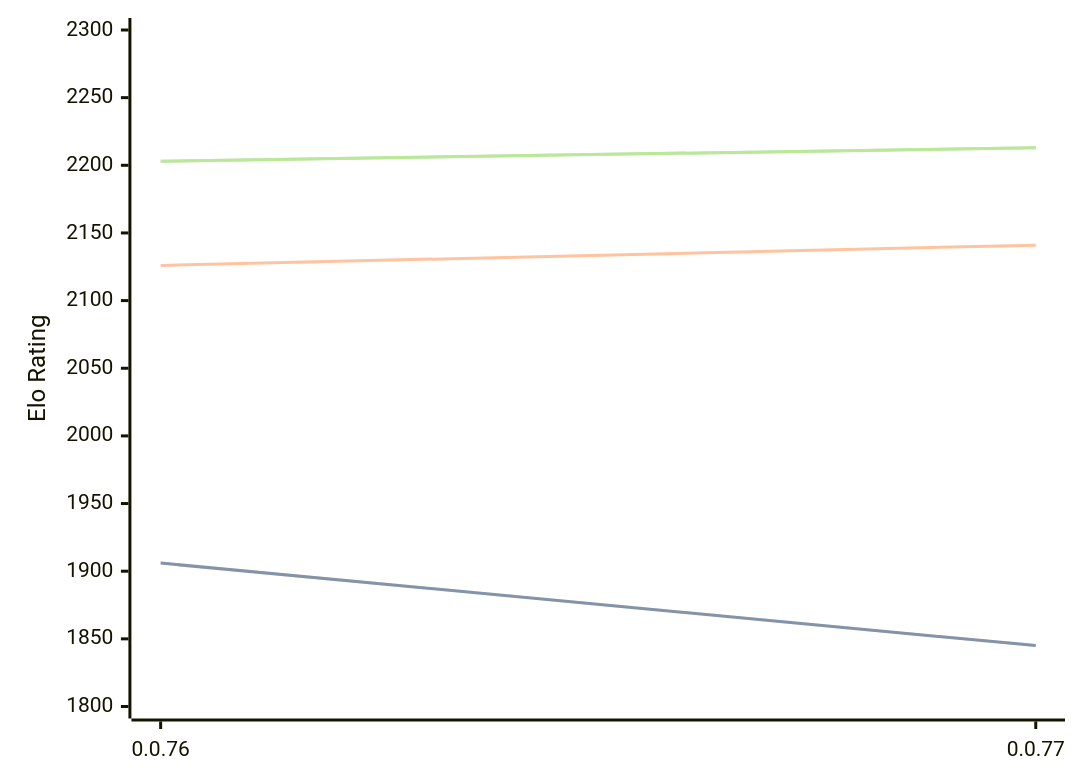
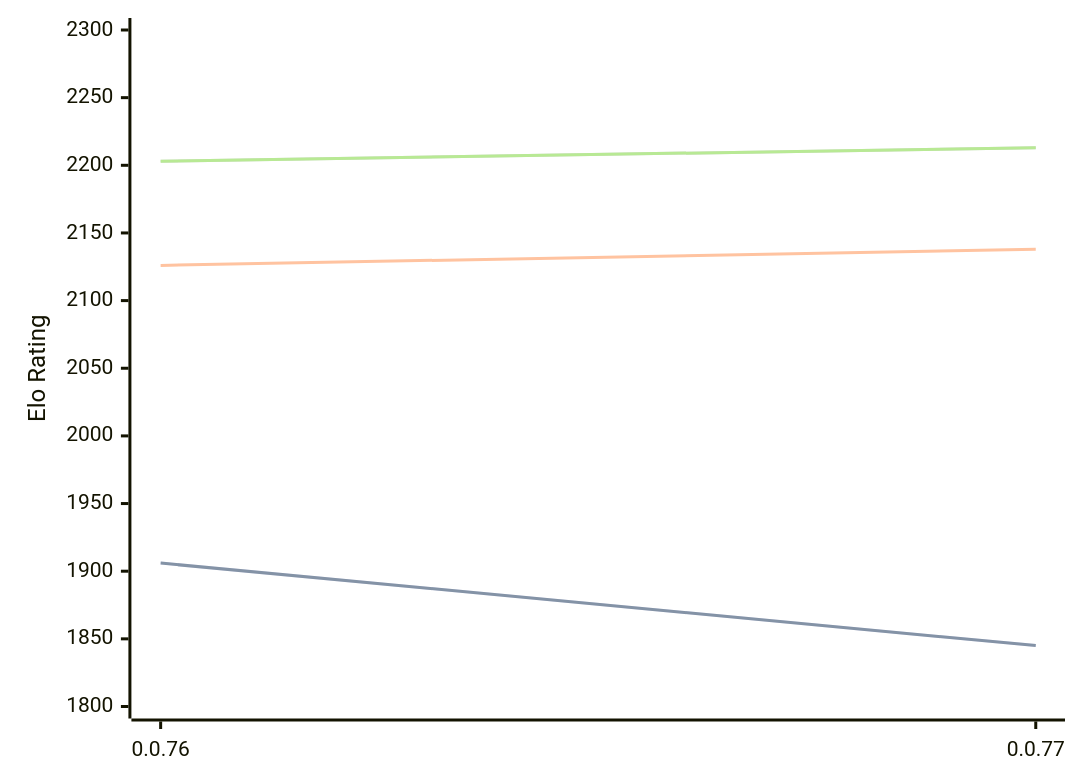
The first of 3 diagrams in engines/Fktb.md (computer-chess-index/cci), drawn with Mermaid before and after one commit. The commit also changed other lines of this file, not shown here.

````diff
--- a/engines/Fktb.md
+++ b/engines/Fktb.md
@@ -32,11 +32,11 @@
 ```mermaid
 %%{init: {"theme":"base","themeVariables":{"seriesColors:['#a3a3a3','#222221','#faa371']}}}%%
 xychart-beta
   x-axis ["0.0.76", "0.0.77"]
   y-axis "Elo Rating" 1800 --> 2300
   line "STC (8.0+0.08s)" [1906, 1845]
   line "STC (8.0+0.08s)" [1906, 1845]
-  line "LTC (60.0+0.60s)" [2126, 2141]
+  line "LTC (60.0+0.60s)" [2126, 2138]
   line "VLTC (2m24s+1.12s)" [2203, 2213]
   line "VLTC (2m24s+1.12s)" [2203, 2213]
 ```
````
